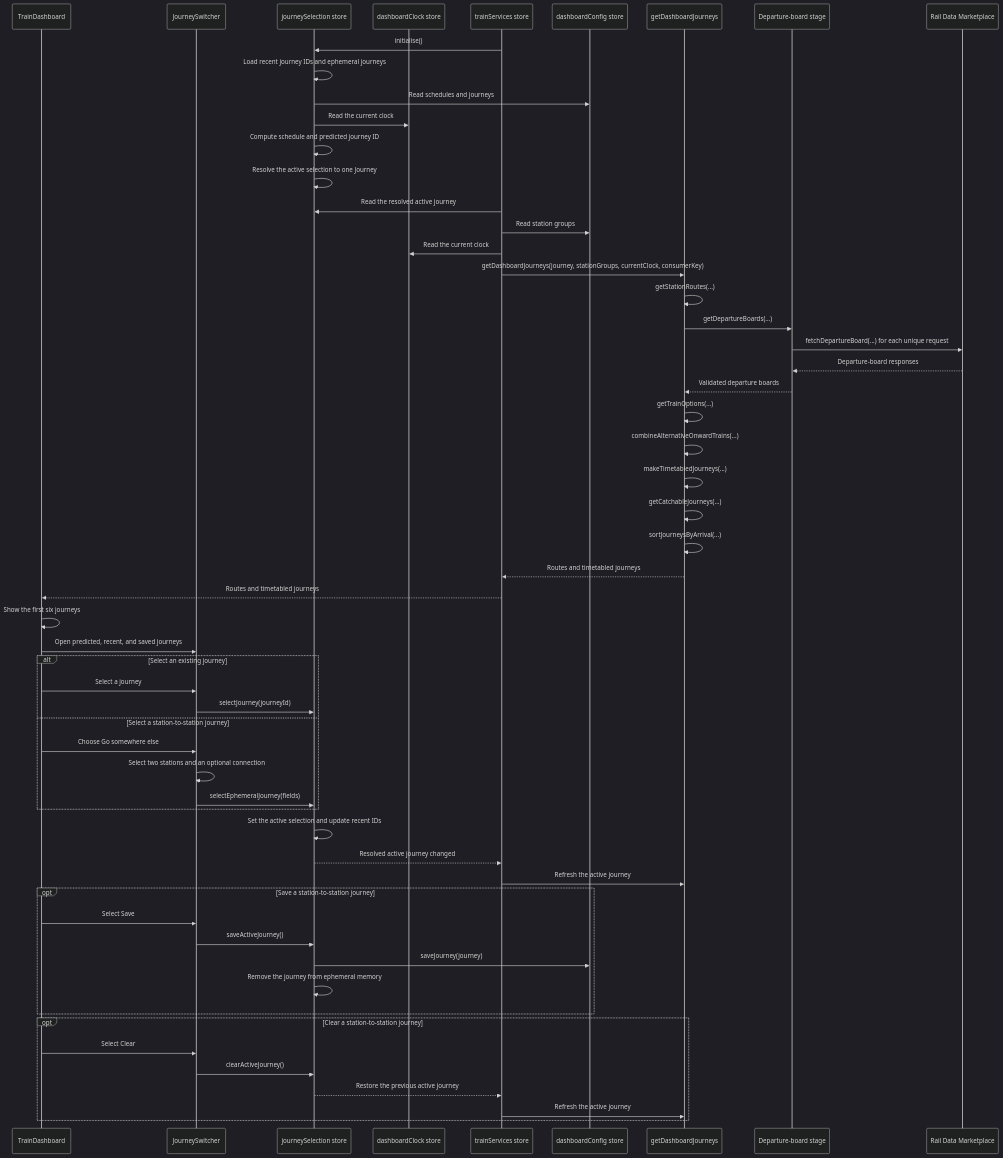
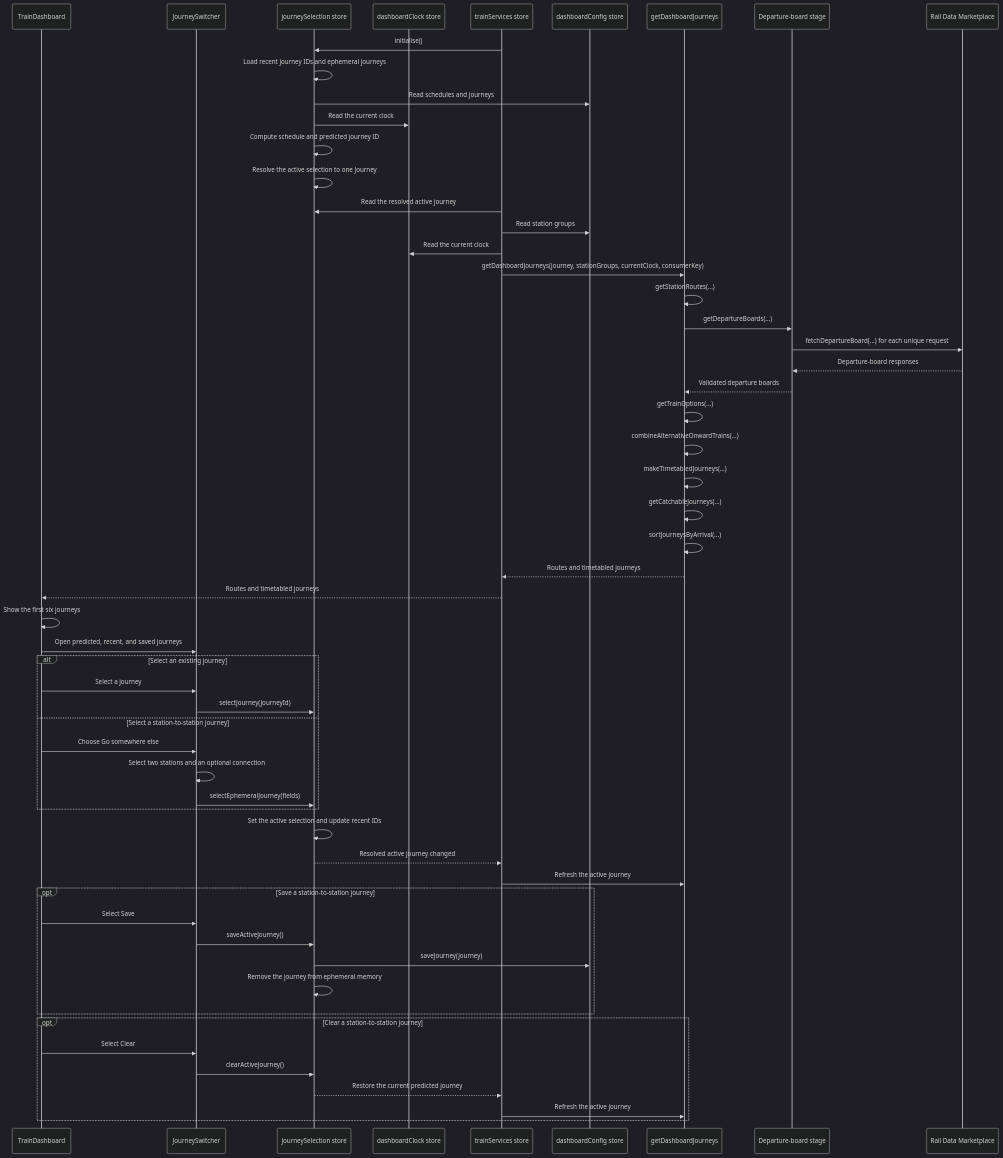
The first of 2 diagrams in docs/journey-planning.md (nd9600/trainDashboard), drawn with Mermaid (dark theme) before and after one commit. The commit also changed other lines of this file and 7 other files, not shown here.

````diff
--- a/docs/journey-planning.md
+++ b/docs/journey-planning.md
@@ -37,63 +37,63 @@
 ```mermaid
 sequenceDiagram
     participant UI as TrainDashboard
     participant Switcher as JourneySwitcher
     participant Selection as journeySelection store
     participant Clock as dashboardClock store
     participant Store as trainServices store
     participant Config as dashboardConfig store
     participant Pipeline as getDashboardJourneys
     participant Boards as Departure-board stage
     participant API as Rail Data Marketplace
 
     Store->>Selection: initialise()
     Selection->>Selection: Load recent journey IDs and ephemeral journeys
     Selection->>Config: Read schedules and journeys
     Selection->>Clock: Read the current clock
     Selection->>Selection: Compute schedule and predicted journey ID
     Selection->>Selection: Resolve the active selection to one Journey
     Store->>Selection: Read the resolved active journey
     Store->>Config: Read station groups
     Store->>Clock: Read the current clock
     Store->>Pipeline: getDashboardJourneys(journey, stationGroups, currentClock, consumerKey)
     Pipeline->>Pipeline: getStationRoutes(...)
     Pipeline->>Boards: getDepartureBoards(...)
     Boards->>API: fetchDepartureBoard(...) for each unique request
     API-->>Boards: Departure-board responses
     Boards-->>Pipeline: Validated departure boards
     Pipeline->>Pipeline: getTrainOptions(...)
     Pipeline->>Pipeline: combineAlternativeOnwardTrains(...)
     Pipeline->>Pipeline: makeTimetabledJourneys(...)
     Pipeline->>Pipeline: getCatchableJourneys(...)
     Pipeline->>Pipeline: sortJourneysByArrival(...)
     Pipeline-->>Store: Routes and timetabled journeys
     Store-->>UI: Routes and timetabled journeys
     UI->>UI: Show the first six journeys
 
     UI->>Switcher: Open predicted, recent, and saved journeys
     alt Select an existing journey
         UI->>Switcher: Select a journey
         Switcher->>Selection: selectJourney(journeyId)
     else Select a station-to-station journey
         UI->>Switcher: Choose Go somewhere else
         Switcher->>Switcher: Select two stations and an optional connection
         Switcher->>Selection: selectEphemeralJourney(fields)
     end
     Selection->>Selection: Set the active selection and update recent IDs
     Selection-->>Store: Resolved active journey changed
     Store->>Pipeline: Refresh the active journey
 
     opt Save a station-to-station journey
         UI->>Switcher: Select Save
         Switcher->>Selection: saveActiveJourney()
         Selection->>Config: saveJourney(journey)
         Selection->>Selection: Remove the journey from ephemeral memory
     end
 
     opt Clear a station-to-station journey
         UI->>Switcher: Select Clear
         Switcher->>Selection: clearActiveJourney()
-        Selection-->>Store: Restore the previous active journey
+        Selection-->>Store: Restore the current predicted journey
         Store->>Pipeline: Refresh the active journey
     end
 ```
````
